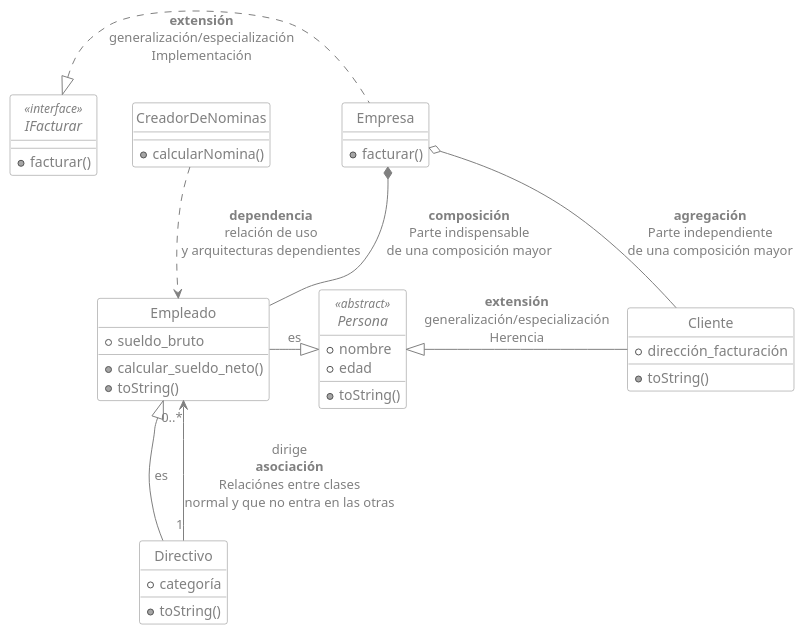
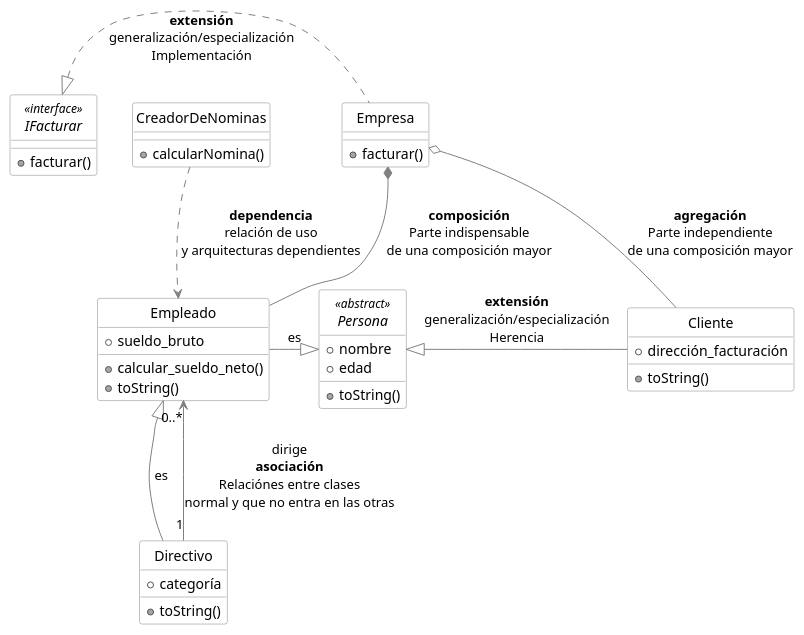
One commit to srlopez/RUP changed the second of 7 diagrams in ejemplos/fraccion_completo.md. Above: the diagram before and after it, drawn with PlantUML. The commit also changed other lines of this file, not shown here.

````diff
--- a/ejemplos/fraccion_completo.md
+++ b/ejemplos/fraccion_completo.md
@@ -146,56 +146,56 @@
 ```plantuml
 legend Ejemplos de relaciones UML
 left to right direction
 'top to bottom direction
 @startuml
 skinparam monochrome true
 skinparam backgroundColor transparent
 'skinparam classBackgroundColor transparent
 'skinparam handwritten true
 skinparam style strictuml
-skinparam defaultFontColor Grey
+'skinparam defaultFontColor Grey
 skinparam class {
   skinparam shadowing false
   BackgroundColor White
   BorderColor Gray
   ' FontName Consolas
   ArrowColor Gray
 }
 
 abstract Persona <<abstract>>{
  +nombre
  +edad
  +toString()
 }
 Class Empleado {
  +sueldo_bruto
  +calcular_sueldo_neto()
  +toString()
 }
 Class Cliente {
  +dirección_facturación
  +toString()
 }
 Class Directivo {
  +categoría
  +toString()
 }
 Class Empresa {
  +facturar()
 }
 Class CreadorDeNominas {
  +calcularNomina()
 }
 Interface IFacturar <<interface>> {
  +facturar()
 }
 IFacturar <|.r. Empresa: <b>extensión</b>\ngeneralización/especialización\nImplementación
 Persona <|-r- Cliente: <b>extensión</b>\ngeneralización/especialización\nHerencia
 Empleado -r-|> Persona: es
 Empleado <|-- Directivo: es
 Empresa o-- Cliente: <b>agregación</b>\nParte independiente\nde una composición mayor
 Empresa *-- Empleado: <b>composición</b>\nParte indispensable\nde una composición mayor
 CreadorDeNominas ..> Empleado: <b>dependencia</b>\nrelación de uso\ny arquitecturas dependientes
 Directivo "1" --> "0..*" Empleado: dirige\n<b>asociación</b>\nRelaciónes entre clases\nnormal y que no entra en las otras
 @enduml
 ```
````
